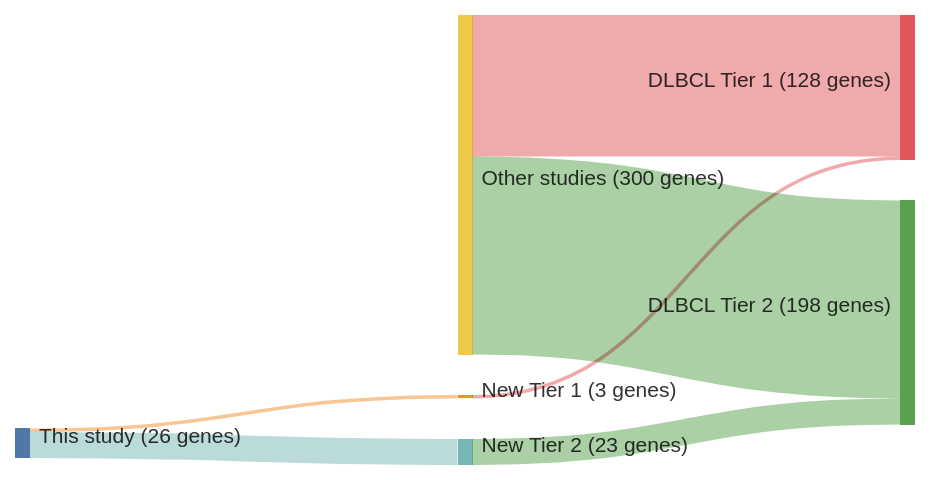
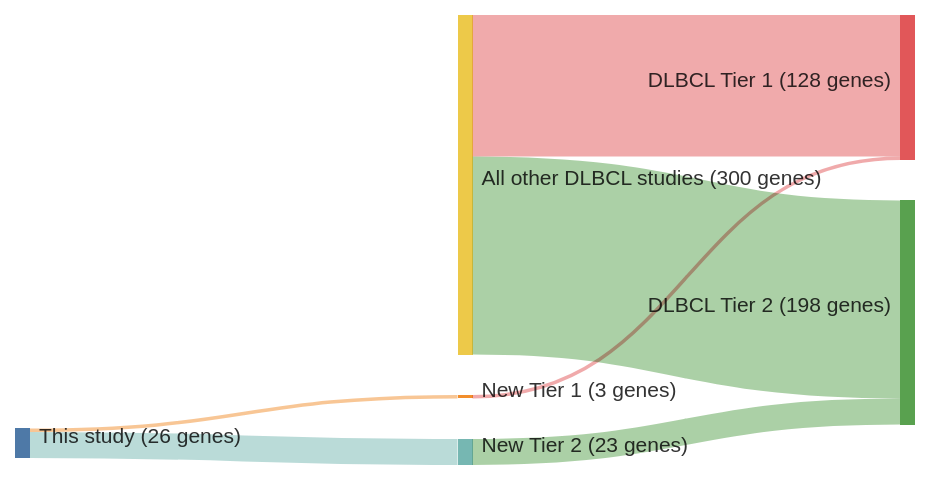
The diagram in papers/hubschmannMutationalMechanismsShaping2021b.md (morinlab/lymphopedia), drawn with Mermaid before and after one commit. The commit also changed other lines of this file and 82 other files, not shown here.

````diff
--- a/papers/hubschmannMutationalMechanismsShaping2021b.md
+++ b/papers/hubschmannMutationalMechanismsShaping2021b.md
@@ -13,20 +13,20 @@
 ```mermaid
 ---
 config:
     sankey:
         showValues: true
         linkColor: target
         width: 600
         height: 300
         nodeAlignment: right
         prefix: '('
         suffix: ' genes)'
 ---
 sankey-beta
 This study, New Tier 1, 3
 New Tier 1, DLBCL Tier 1, 3
 This study, New Tier 2, 23
 New Tier 2, DLBCL Tier 2, 23
-Other studies, DLBCL Tier 1, 125
-Other studies, DLBCL Tier 2, 175
+All other DLBCL studies, DLBCL Tier 1, 125
+All other DLBCL studies, DLBCL Tier 2, 175
 ```
````
